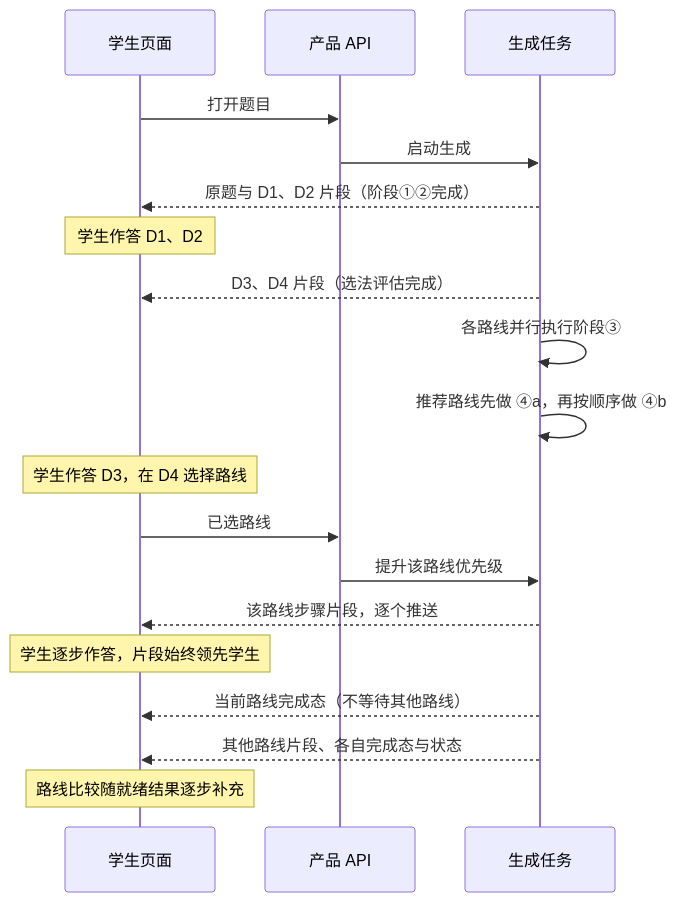
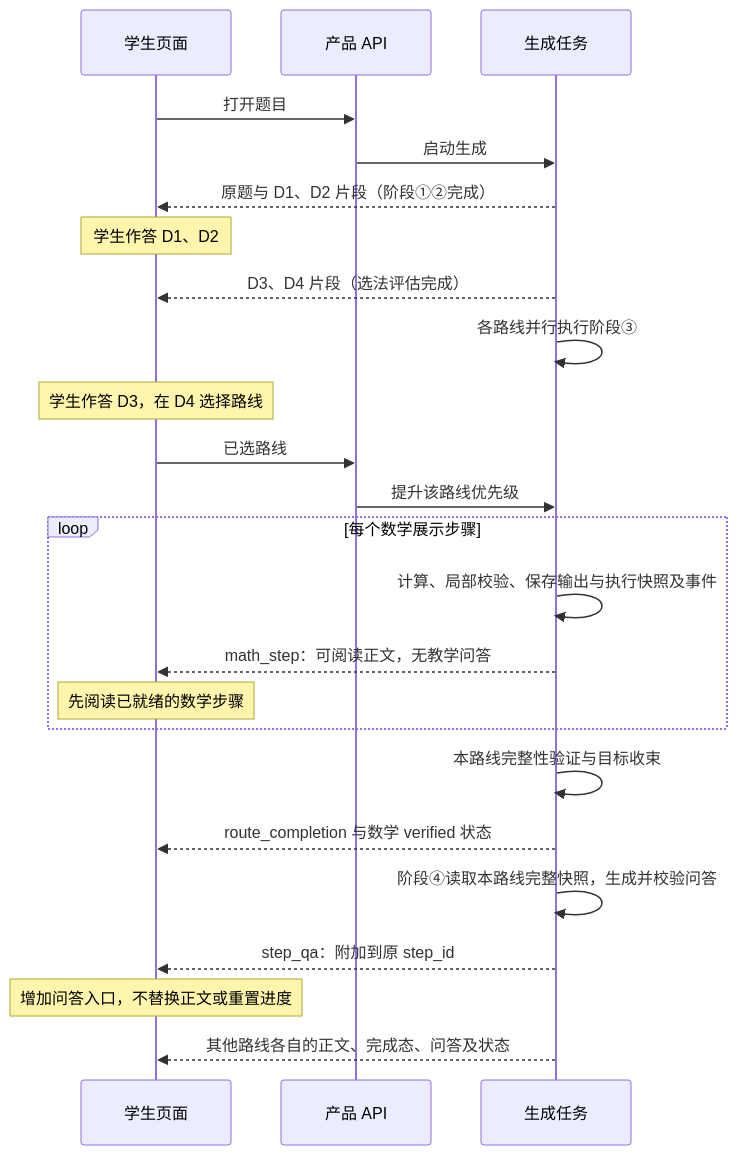
The second of 2 diagrams in docs/graph-guided-interactive-lesson-design.md (Intorain/shuxueshuo), drawn with Mermaid before and after one commit. The commit also changed other lines of this file and 26 other files, not shown here.

Commit message:
feat(graph-lesson): implement stage three method selection batch 1a

````diff
--- a/docs/graph-guided-interactive-lesson-design.md
+++ b/docs/graph-guided-interactive-lesson-design.md
@@ -346,21 +376,26 @@
 ```mermaid
 sequenceDiagram
     participant S as 学生页面
     participant A as 产品 API
     participant W as 生成任务
     S->>A: 打开题目
     A->>W: 启动生成
     W-->>S: 原题与 D1、D2 片段（阶段①②完成）
     Note over S: 学生作答 D1、D2
     W-->>S: D3、D4 片段（选法评估完成）
     W->>W: 各路线并行执行阶段③
-    W->>W: 推荐路线先做 ④a，再按顺序做 ④b
     Note over S: 学生作答 D3，在 D4 选择路线
     S->>A: 已选路线
     A->>W: 提升该路线优先级
-    W-->>S: 该路线步骤片段，逐个推送
-    Note over S: 学生逐步作答，片段始终领先学生
-    W-->>S: 当前路线完成态（不等待其他路线）
-    W-->>S: 其他路线片段、各自完成态与状态
-    Note over S: 路线比较随就绪结果逐步补充
+    loop 每个数学展示步骤
+        W->>W: 计算、局部校验、保存输出与执行快照及事件
+        W-->>S: math_step：可阅读正文，无教学问答
+        Note over S: 先阅读已就绪的数学步骤
+    end
+    W->>W: 本路线完整性验证与目标收束
+    W-->>S: route_completion 与数学 verified 状态
+    W->>W: 阶段④读取本路线完整快照，生成并校验问答
+    W-->>S: step_qa：附加到原 step_id
+    Note over S: 增加问答入口，不替换正文或重置进度
+    W-->>S: 其他路线各自的正文、完成态、问答及状态
 ```
````
